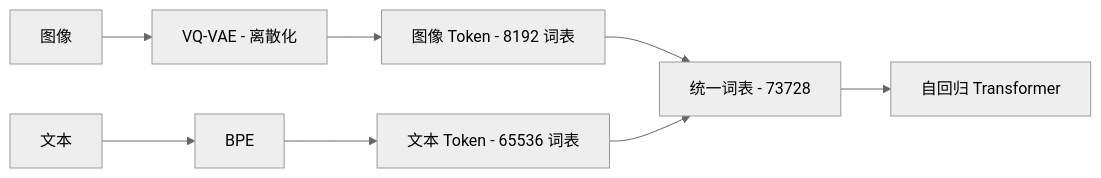
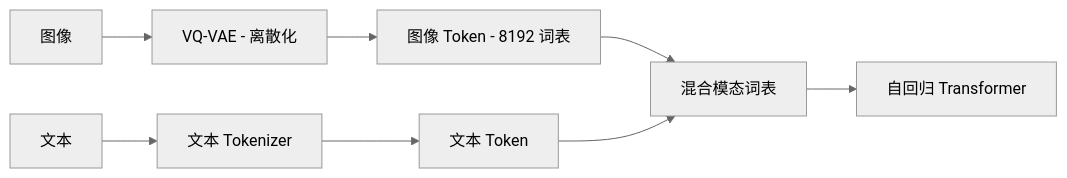
One commit to likebeans/notes-on-llms changed the fifth of 6 diagrams in docs/llms/multimodal/architecture.md. Above: the diagram before and after it, drawn with Mermaid (neutral theme). The commit also changed other lines of this file and 175 other files, not shown here.

````diff
--- a/docs/llms/multimodal/architecture.md
+++ b/docs/llms/multimodal/architecture.md
@@ -208,10 +186,10 @@
 ```mermaid
 flowchart LR
     IMG[图像] --> VQ[VQ-VAE - 离散化]
     VQ --> IT[图像 Token - 8192 词表]
-    TXT[文本] --> BPE[BPE]
-    BPE --> TT[文本 Token - 65536 词表]
-    IT --> MERGE[统一词表 - 73728]
+    TXT[文本] --> BPE[文本 Tokenizer]
+    BPE --> TT[文本 Token]
+    IT --> MERGE[混合模态词表]
     TT --> MERGE
     MERGE --> AR[自回归 Transformer]
 ```
````
